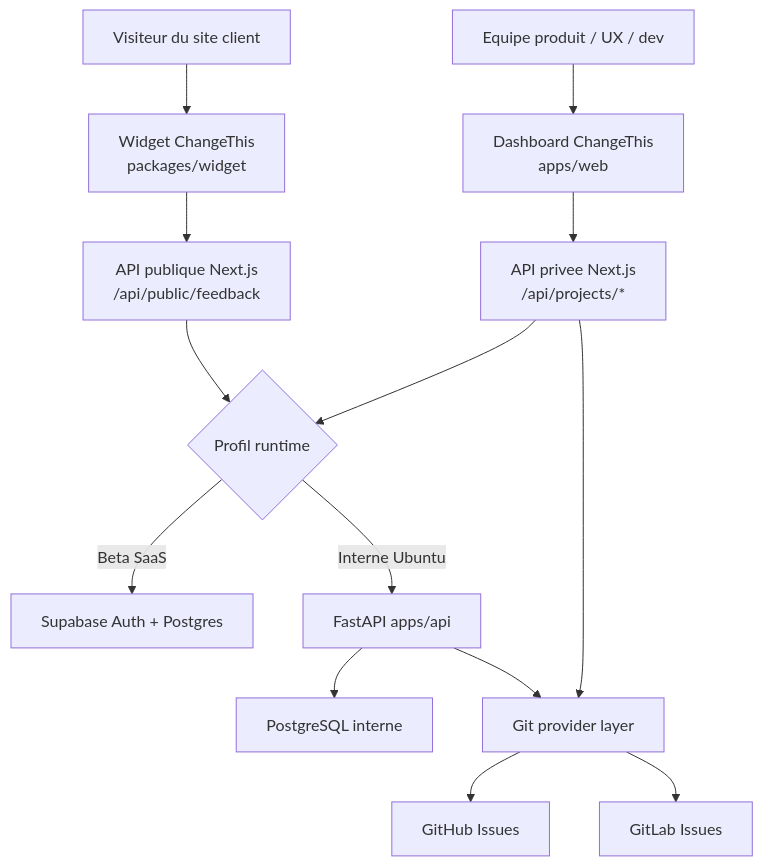
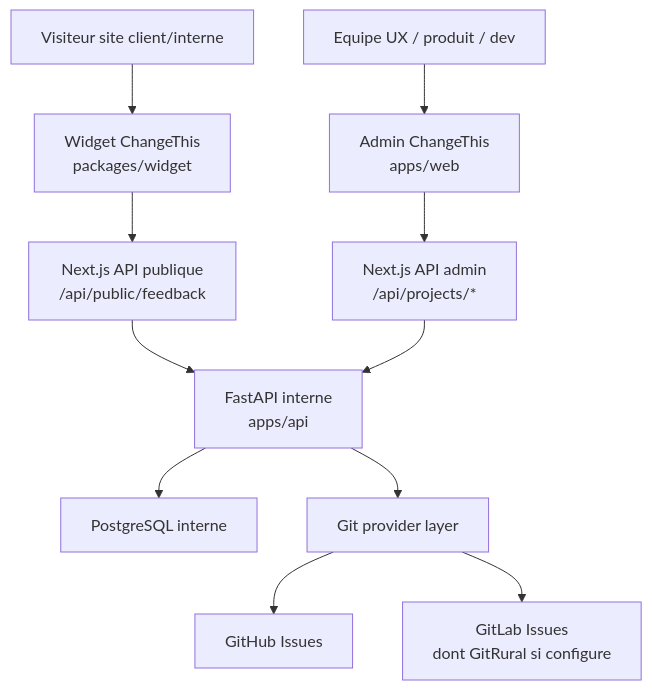
The first of 5 diagrams in README.md (MLyte/ChangeThis), drawn with Mermaid before and after one commit. The commit also changed other lines of this file and 23 other files, not shown here.

````diff
--- a/README.md
+++ b/README.md
@@ -18,20 +19,16 @@
 ```mermaid
 flowchart TB
-  Visitor["Visiteur du site client"] --> Widget["Widget ChangeThis<br/>packages/widget"]
-  Team["Equipe produit / UX / dev"] --> Dashboard["Dashboard ChangeThis<br/>apps/web"]
+  Visitor["Visiteur site client/interne"] --> Widget["Widget ChangeThis<br/>packages/widget"]
+  Team["Equipe UX / produit / dev"] --> Dashboard["Admin ChangeThis<br/>apps/web"]
 
-  Widget --> WebPublic["API publique Next.js<br/>/api/public/feedback"]
-  Dashboard --> WebPrivate["API privee Next.js<br/>/api/projects/*"]
+  Widget --> NextPublic["Next.js API publique<br/>/api/public/feedback"]
+  Dashboard --> NextPrivate["Next.js API admin<br/>/api/projects/*"]
 
-  WebPublic --> StoreChoice{"Profil runtime"}
-  WebPrivate --> StoreChoice
+  NextPublic --> FastAPI["FastAPI interne<br/>apps/api"]
+  NextPrivate --> FastAPI
 
-  StoreChoice -->|Beta SaaS| Supabase["Supabase Auth + Postgres"]
-  StoreChoice -->|Interne Ubuntu| FastAPI["FastAPI apps/api"]
   FastAPI --> Postgres["PostgreSQL interne"]
-
-  WebPrivate --> Providers["Git provider layer"]
-  FastAPI --> Providers
+  FastAPI --> Providers["Git provider layer"]
   Providers --> GitHub["GitHub Issues"]
-  Providers --> GitLab["GitLab Issues"]
+  Providers --> GitLab["GitLab Issues<br/>dont GitRural si configure"]
 ```
````
